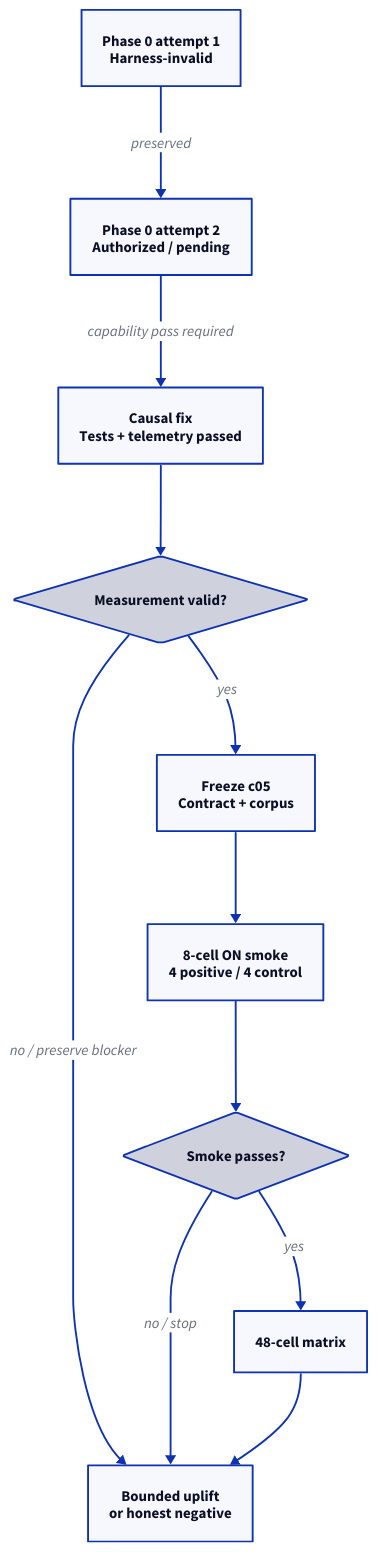
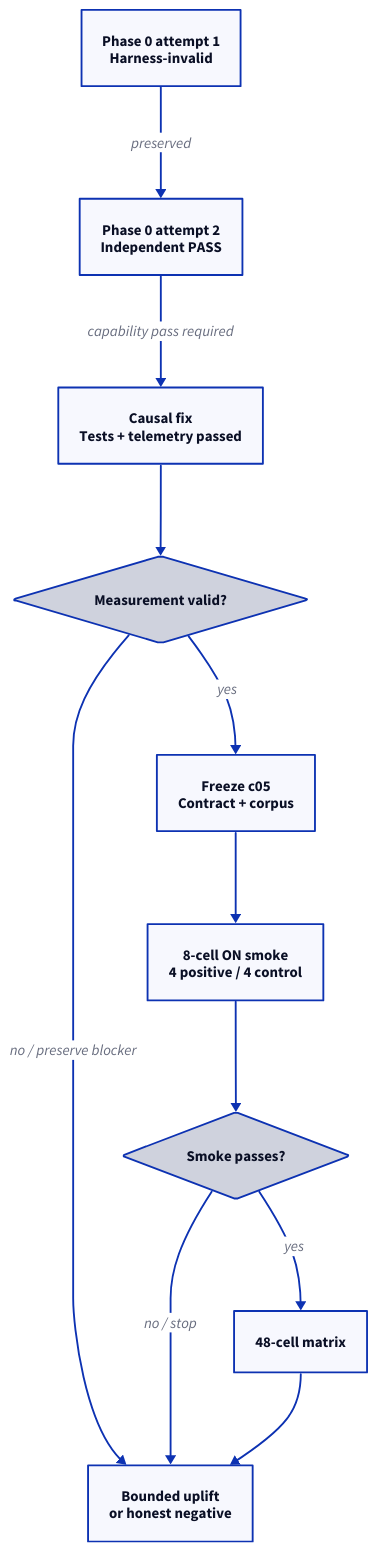
One commit to cgint/pi-ai-consortium changed the diagram in docs/c05-status.d2. Above: the diagram before and after it, drawn with D2. The commit also changed 6 other files, not shown here.

```diff
--- a/docs/c05-status.d2
+++ b/docs/c05-status.d2
@@ -1,22 +1,22 @@
 direction: down
 
 compat: "Phase 0 attempt 1\nHarness-invalid"
-attempt2: "Phase 0 attempt 2\nAuthorized / pending"
+attempt2: "Phase 0 attempt 2\nIndependent PASS"
 causal: "Causal fix\nTests + telemetry passed"
 decision: "Measurement valid?" {shape: diamond}
 freeze: "Freeze c05\nContract + corpus"
 smoke: "8-cell ON smoke\n4 positive / 4 control"
 smoke_gate: "Smoke passes?" {shape: diamond}
 matrix: "48-cell matrix"
 closure: "Bounded uplift\nor honest negative"
 
 compat -> attempt2: preserved
 attempt2 -> causal: capability pass required
 causal -> decision
 decision -> freeze: yes
 decision -> closure: no / preserve blocker
 freeze -> smoke
 smoke -> smoke_gate
 smoke_gate -> matrix: yes
 smoke_gate -> closure: no / stop
 matrix -> closure
```
